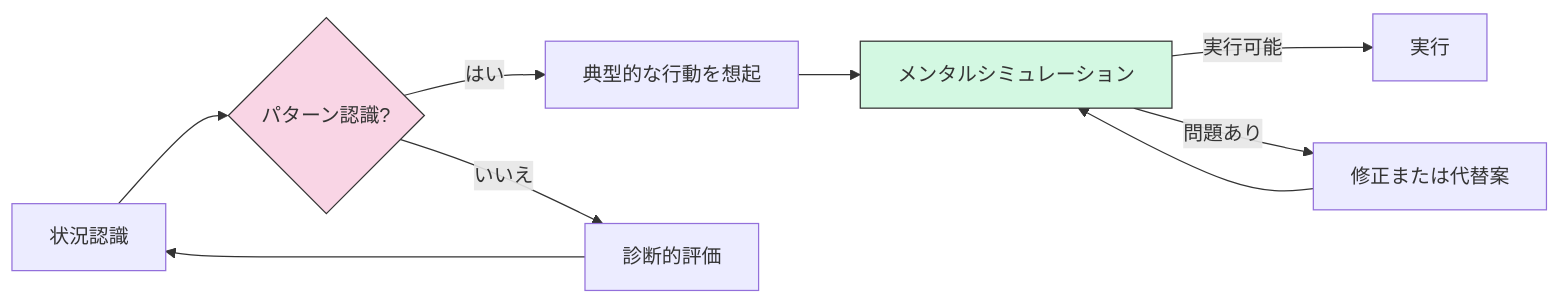
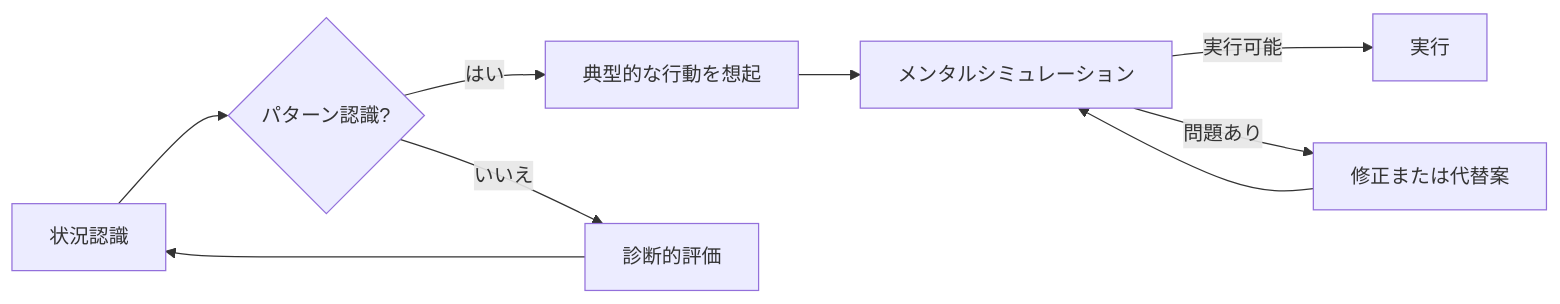
The fifth of 10 diagrams in docs/decision-making-guide/decision-models.md (shuji-bonji/Situational-Awareness-and-Decision-Making), drawn with Mermaid before and after one commit. The commit also changed other lines of this file and 49 other files, not shown here.

Commit message:
fix: ダークモードで見づらい図の色の変更

````diff
--- a/docs/decision-making-guide/decision-models.md
+++ b/docs/decision-making-guide/decision-models.md
@@ -262,14 +262,14 @@
     ```mermaid
     graph LR
         A[状況認識] --> B{パターン認識?}
         B -->|はい| C[典型的な行動を想起]
         B -->|いいえ| D[診断的評価]
         D --> A
         C --> E[メンタルシミュレーション]
         E -->|実行可能| F[実行]
         E -->|問題あり| G[修正または代替案]
         G --> E
         
-        style B fill:#f9d5e5,stroke:#333
-        style E fill:#d3f8e2,stroke:#333
+    
+    
     ```
````
